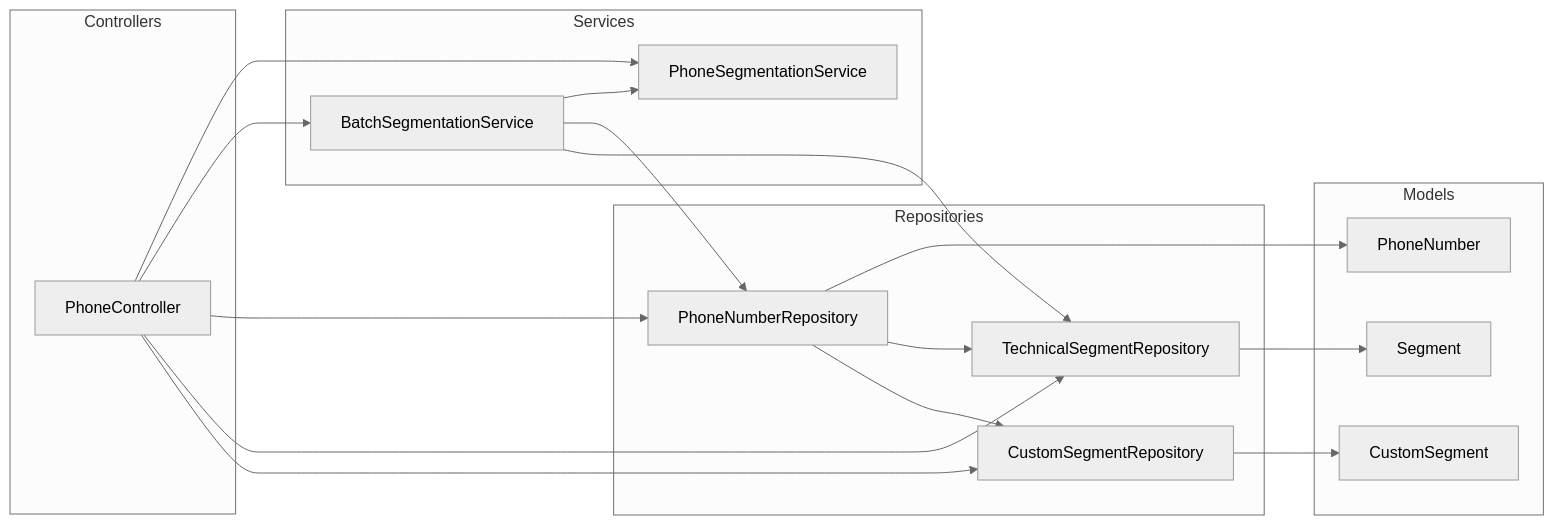
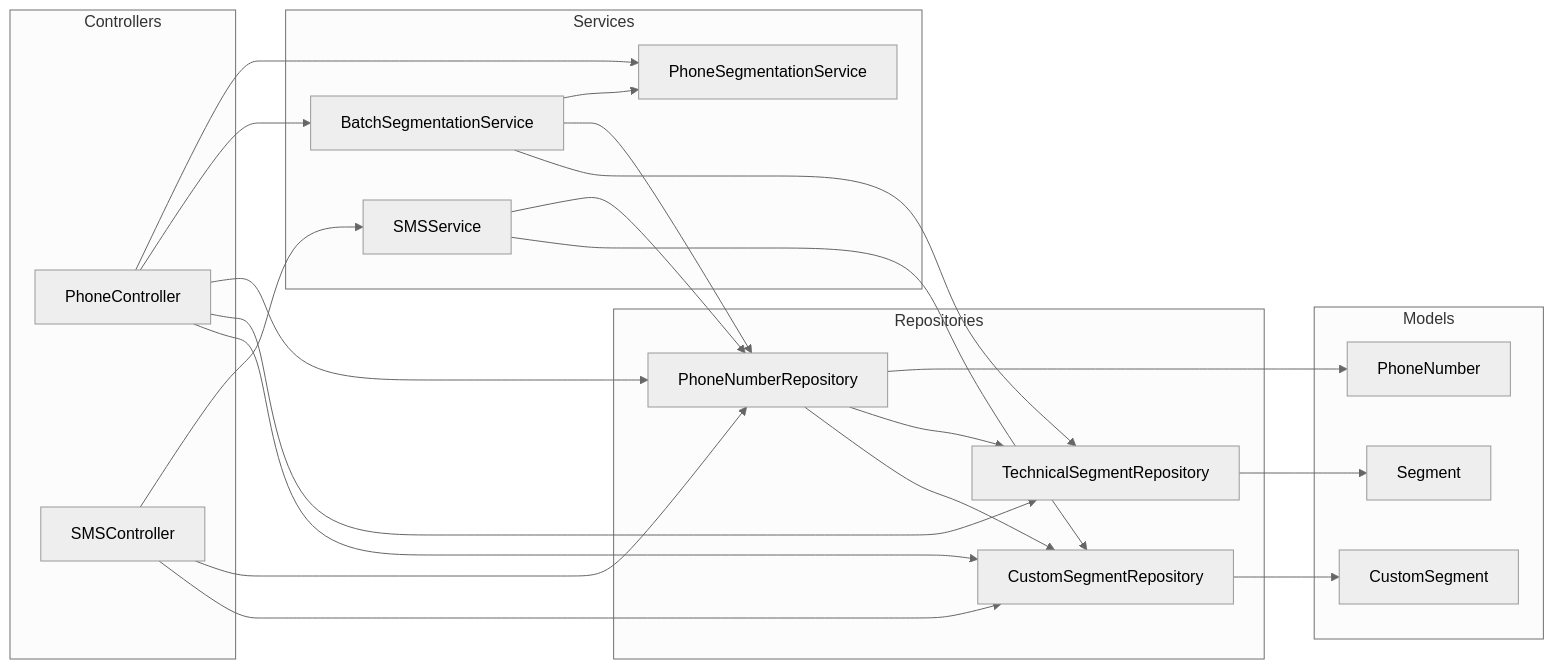
One commit to workmusicalflow/phone-numbers-seg changed the second of 2 diagrams in memory-bank/systemPatterns.md. Above: the diagram before and after it, drawn with Mermaid (neutral theme). The commit also changed 10 other files, not shown here.

````diff
--- a/memory-bank/systemPatterns.md
+++ b/memory-bank/systemPatterns.md
@@ -104,37 +104,44 @@
 ```mermaid
 flowchart LR
     subgraph Controllers
         PC[PhoneController]
+        SC[SMSController]
     end
 
     subgraph Services
         PS[PhoneSegmentationService]
         BS[BatchSegmentationService]
+        SS[SMSService]
     end
 
     subgraph Repositories
         PR[PhoneNumberRepository]
         TSR[TechnicalSegmentRepository]
         CSR[CustomSegmentRepository]
     end
 
     subgraph Models
         PM[PhoneNumber]
         SM[Segment]
         CM[CustomSegment]
     end
 
     PC --> PS
     PC --> BS
     PC --> PR
     PC --> TSR
     PC --> CSR
+    SC --> SS
+    SC --> PR
+    SC --> CSR
+    SS --> PR
+    SS --> CSR
     BS --> PS
     BS --> PR
     BS --> TSR
     PR --> PM
     PR --> TSR
     PR --> CSR
     TSR --> SM
     CSR --> CM
 ```
````
